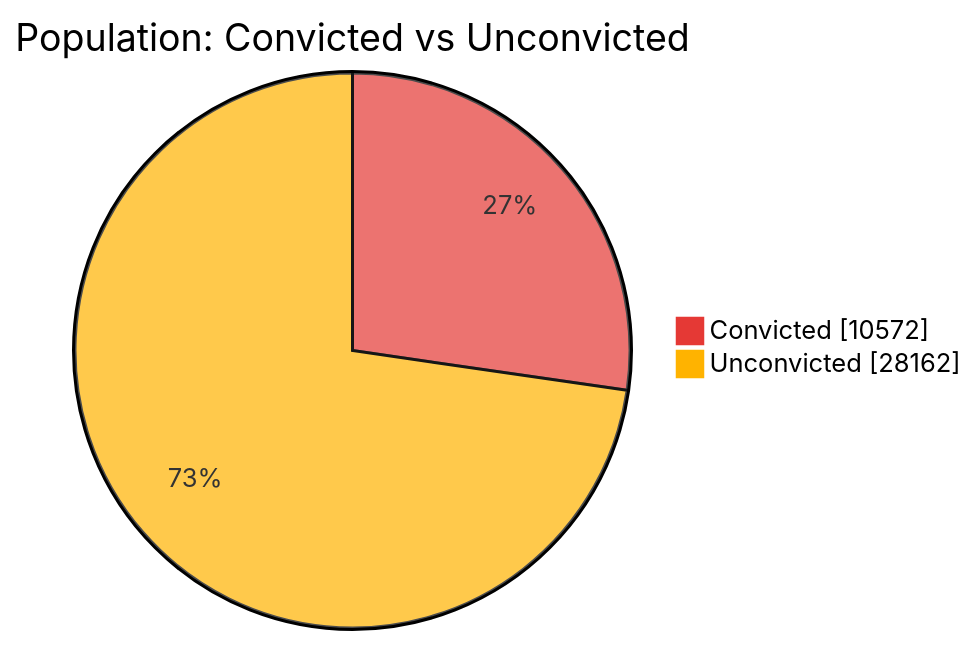
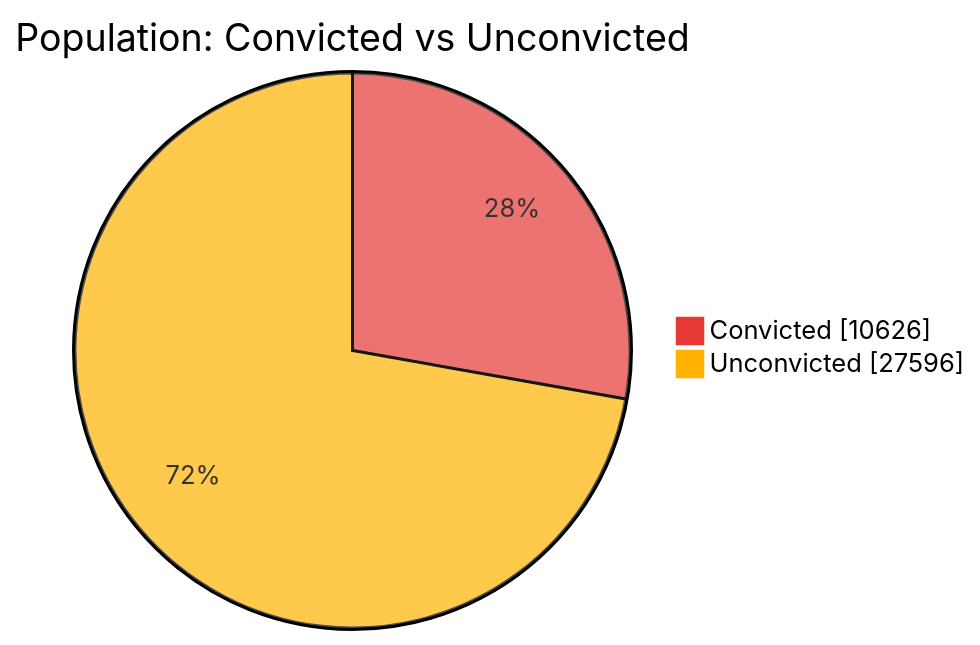
One commit to nuuuwan/lk_prisons changed the first of 7 diagrams in README.md. Above: the diagram before and after it, drawn with Mermaid. The commit also changed other lines of this file and 1 other file, not shown here.

````diff
--- a/README.md
+++ b/README.md
@@ -43,6 +43,6 @@
 ```mermaid
 %%{init: {'themeVariables': {'pie1': '#E53935', 'pie2': '#FFB300'}}}%%
 pie showData title Population: Convicted vs Unconvicted
-    "Convicted" : 10572
-    "Unconvicted" : 28162
+    "Convicted" : 10626
+    "Unconvicted" : 27596
 ```
````
